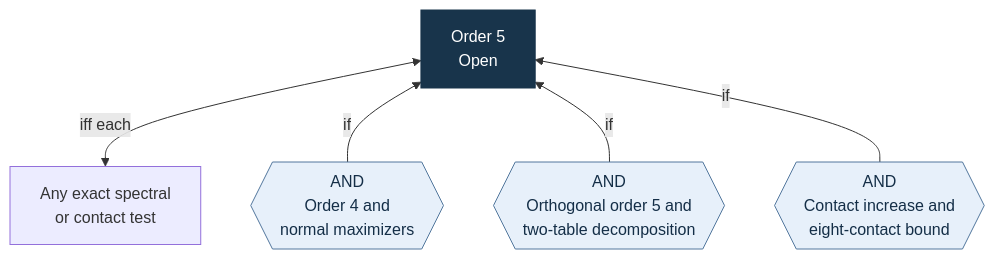
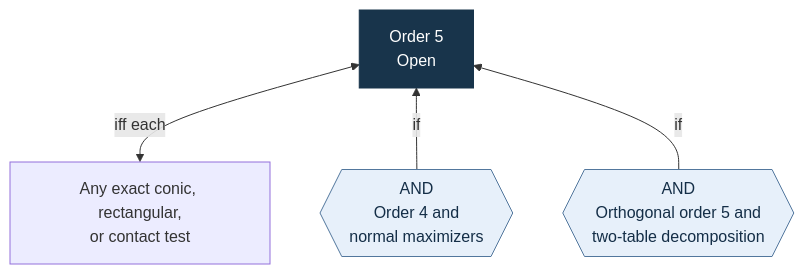
One commit to ascendnoosphere/MOC changed the first of 5 diagrams in Docs/order-five-proof-map.md. Above: the diagram before and after it, drawn with Mermaid. The commit also changed other lines of this file and 12 other files, not shown here.

````diff
--- a/Docs/order-five-proof-map.md
+++ b/Docs/order-five-proof-map.md
@@ -20,16 +20,14 @@
 ```mermaid
 flowchart BT
     accTitle: Three groups of order-five proof routes
     accDescr: The exact tests imply and follow from order five. The normal-maximizer and orthogonal-decomposition routes each require both stated premises.
     Goal["Order 5<br/>Open"]:::goal
-    Exact["Any exact spectral<br/>or contact test"]
+    Exact["Any exact conic, rectangular,<br/>or contact test"]
     Normal{{"AND<br/>Order 4 and<br/>normal maximizers"}}:::gate
     Real{{"AND<br/>Orthogonal order 5 and<br/>two-table decomposition"}}:::gate
-    Contact{{"AND<br/>Contact increase and<br/>eight-contact bound"}}:::gate
     Exact <-->|iff each| Goal
     Normal -->|if| Goal
     Real -->|if| Goal
-    Contact -->|if| Goal
     classDef goal fill:#18344b,stroke:#18344b,color:#fff
     classDef gate fill:#e7f0fa,stroke:#52779d,color:#142e47
 ```
````
